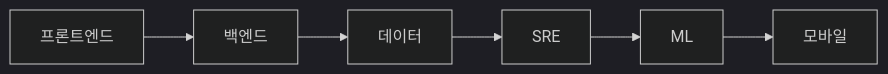
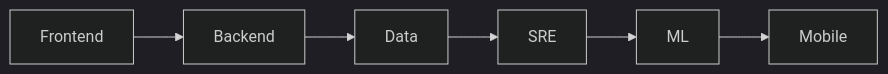
One commit to yeongseon-books/book-content changed the diagram in content/developer-career-101/ko/02-understanding-roles.md. Above: the diagram before and after it, drawn with Mermaid (dark theme). The commit also changed other lines of this file and 9 other files, not shown here.

````diff
--- a/content/developer-career-101/ko/02-understanding-roles.md
+++ b/content/developer-career-101/ko/02-understanding-roles.md
@@ -46,8 +52,8 @@
 ```mermaid
 flowchart LR
-    F[프론트엔드] --> B[백엔드]
-    B --> D[데이터]
+    F[Frontend] --> B[Backend]
+    B --> D[Data]
     D --> S[SRE]
     S --> M[ML]
-    M --> Mo[모바일]
+    M --> Mo[Mobile]
 ```
````
